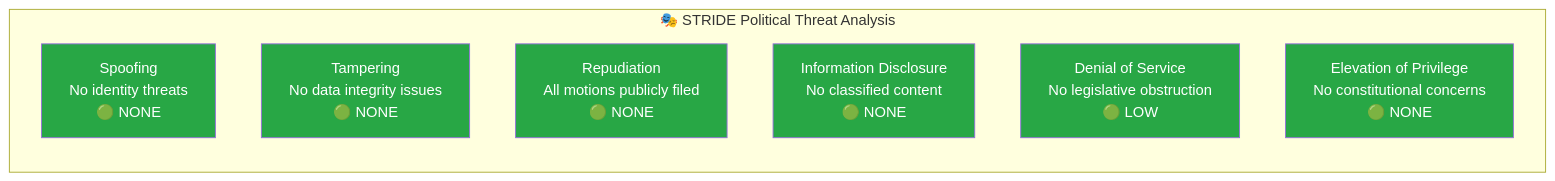
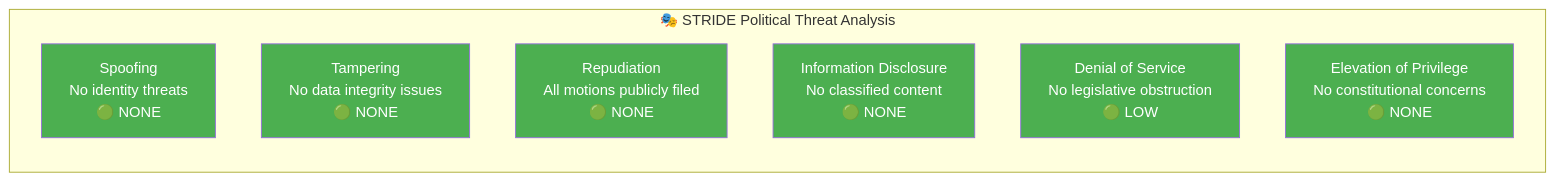
The diagram in analysis/daily/2026-03-27/motions/threat-analysis.md (Hack23/riksdagsmonitor), drawn with Mermaid before and after one commit. The commit also changed 785 other files, not shown here.

First line of the commit message:
Normalize mermaid colors across 786 analysis artifacts to ISMS Style Guide palette

````diff
--- a/analysis/daily/2026-03-27/motions/threat-analysis.md
+++ b/analysis/daily/2026-03-27/motions/threat-analysis.md
@@ -18,19 +18,19 @@
 ```mermaid
 graph TD
     subgraph "🎭 STRIDE Political Threat Analysis"
         direction TB
         S["Spoofing<br/>No identity threats<br/>🟢 NONE"]
         T["Tampering<br/>No data integrity issues<br/>🟢 NONE"]
         R["Repudiation<br/>All motions publicly filed<br/>🟢 NONE"]
         I["Information Disclosure<br/>No classified content<br/>🟢 NONE"]
         D["Denial of Service<br/>No legislative obstruction<br/>🟢 LOW"]
         E["Elevation of Privilege<br/>No constitutional concerns<br/>🟢 NONE"]
     end
 
-    style S fill:#28a745,color:#fff
-    style T fill:#28a745,color:#fff
-    style R fill:#28a745,color:#fff
-    style I fill:#28a745,color:#fff
-    style D fill:#28a745,color:#fff
-    style E fill:#28a745,color:#fff
+    style S fill:#4CAF50,color:#FFFFFF
+    style T fill:#4CAF50,color:#FFFFFF
+    style R fill:#4CAF50,color:#FFFFFF
+    style I fill:#4CAF50,color:#FFFFFF
+    style D fill:#4CAF50,color:#FFFFFF
+    style E fill:#4CAF50,color:#FFFFFF
 ```
````
